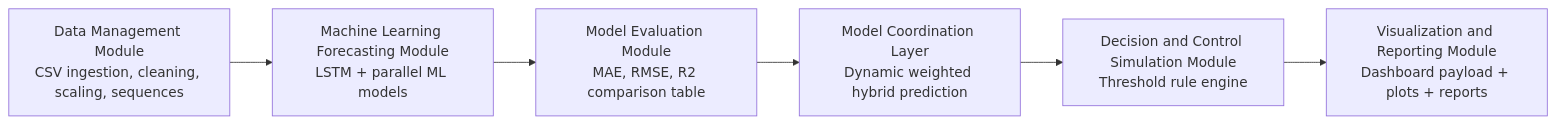
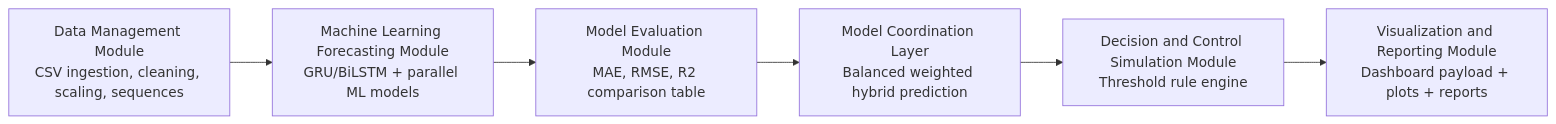
The diagram in docs/hybrid_system_architecture.md (abhiveeramallu/GreenHouseMicroClimateForcastingModel), drawn with Mermaid before and after one commit. The commit also changed 107 other files, not shown here.

Commit message:
Update models and reports - replace LSTM with GRU models and refresh analysis results

````diff
--- a/docs/hybrid_system_architecture.md
+++ b/docs/hybrid_system_architecture.md
@@ -3,17 +3,17 @@
 ```mermaid
 flowchart LR
     A[Data Management Module
 CSV ingestion, cleaning, scaling, sequences]
     B[Machine Learning Forecasting Module
-LSTM + parallel ML models]
+GRU/BiLSTM + parallel ML models]
     C[Model Evaluation Module
 MAE, RMSE, R2 comparison table]
     D[Model Coordination Layer
-Dynamic weighted hybrid prediction]
+Balanced weighted hybrid prediction]
     E[Decision and Control Simulation Module
 Threshold rule engine]
     F[Visualization and Reporting Module
 Dashboard payload + plots + reports]
 
     A --> B --> C --> D --> E --> F
 ```
````
